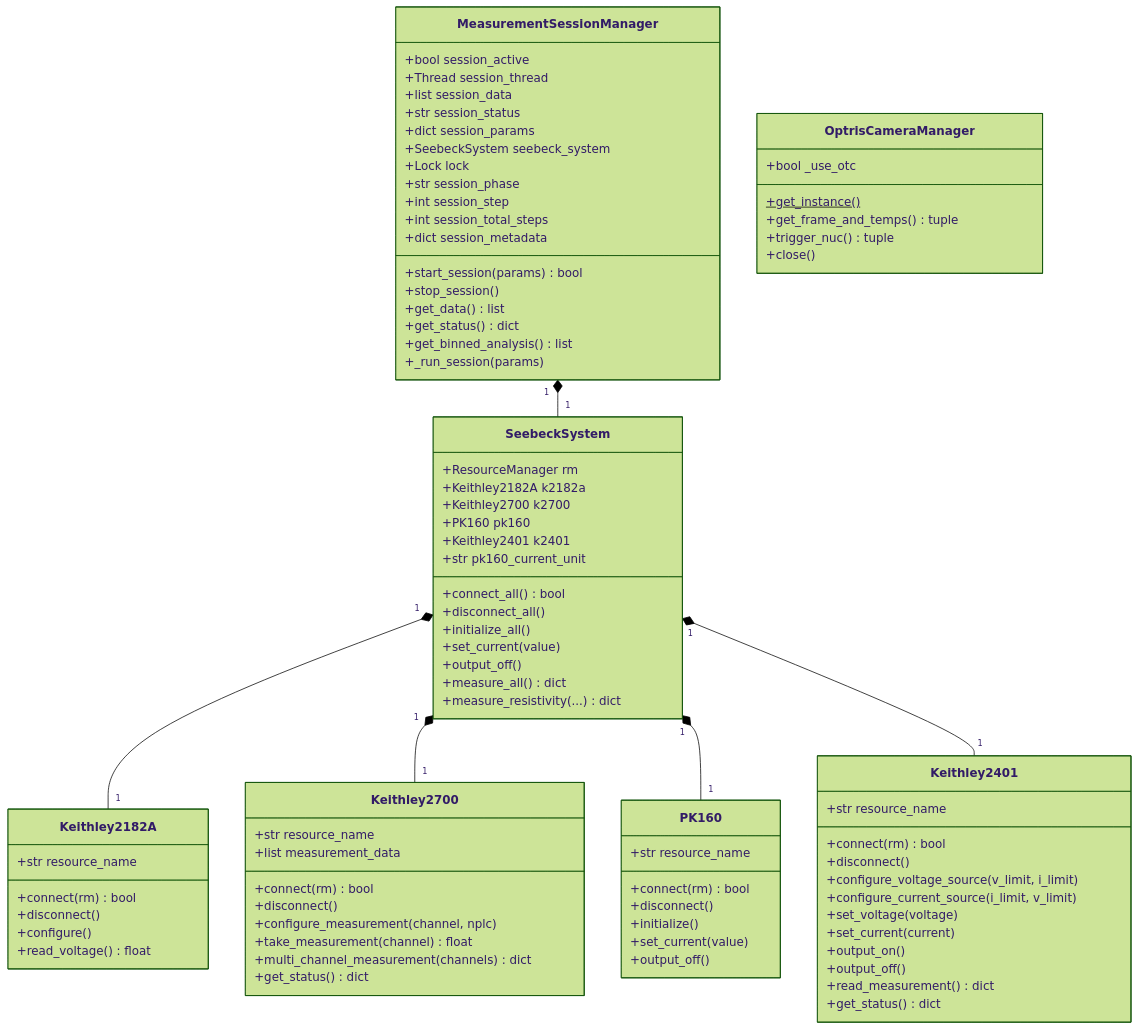
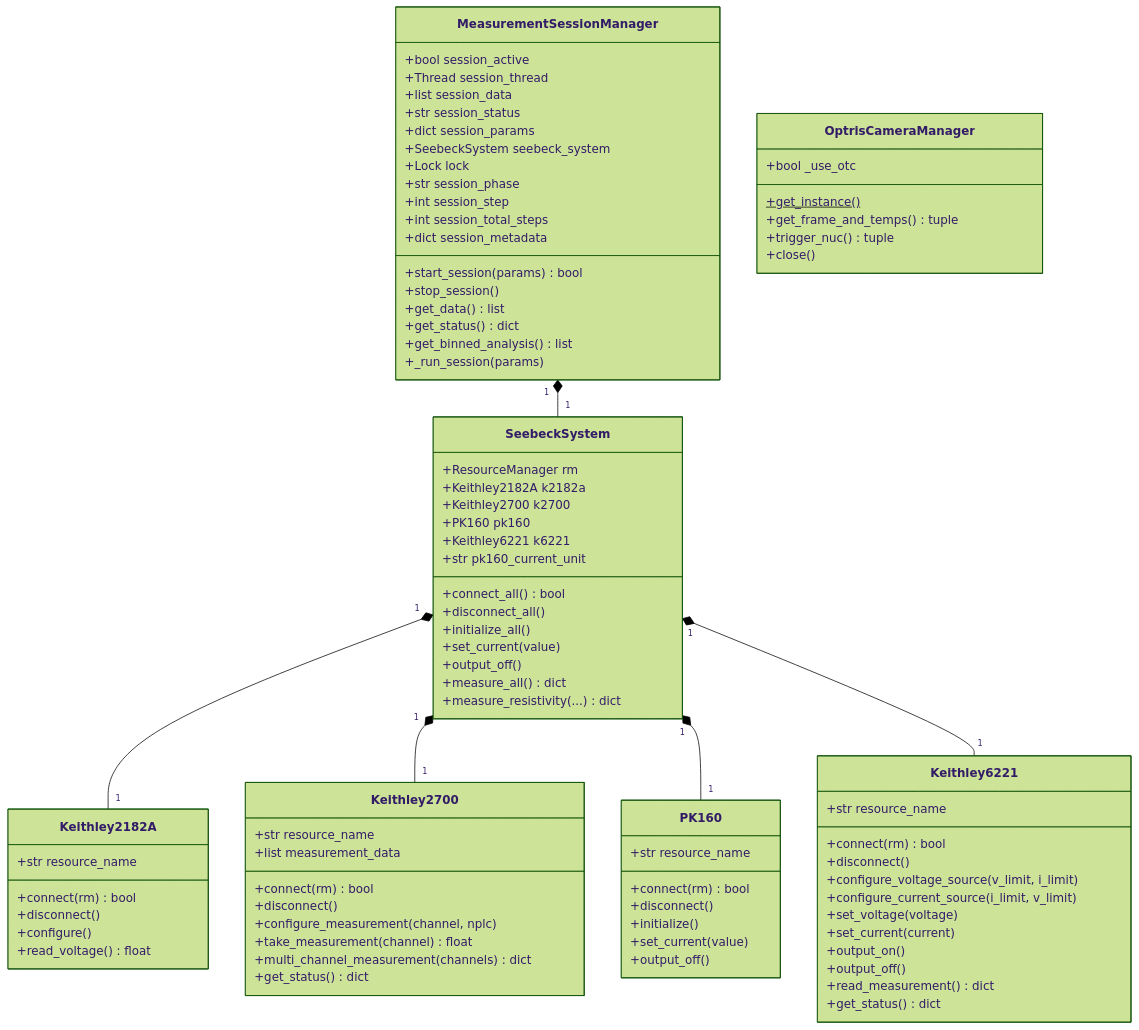
Before and after one commit to srinikhil25/V1_TE_measurements: the second of 11 diagrams in docs/ARCHITECTURE.md, drawn with Mermaid (forest theme). The commit also changed other lines of this file and 22 other files, not shown here.

````diff
--- a/docs/ARCHITECTURE.md
+++ b/docs/ARCHITECTURE.md
@@ -149,7 +149,7 @@
         +Keithley2182A k2182a
         +Keithley2700 k2700
         +PK160 pk160
-        +Keithley2401 k2401
+        +Keithley6221 k6221
         +str pk160_current_unit
         +connect_all() bool
         +disconnect_all()
@@ -188,7 +188,7 @@
         +output_off()
     }
 
-    class Keithley2401 {
+    class Keithley6221 {
         +str resource_name
         +connect(rm) bool
         +disconnect()
@@ -233,6 +233,6 @@
     SeebeckSystem "1" *-- "1" Keithley2182A
     SeebeckSystem "1" *-- "1" Keithley2700
     SeebeckSystem "1" *-- "1" PK160
-    SeebeckSystem "1" *-- "1" Keithley2401
+    SeebeckSystem "1" *-- "1" Keithley6221
     MeasurementSessionManager "1" *-- "1" SeebeckSystem
 ```
````
